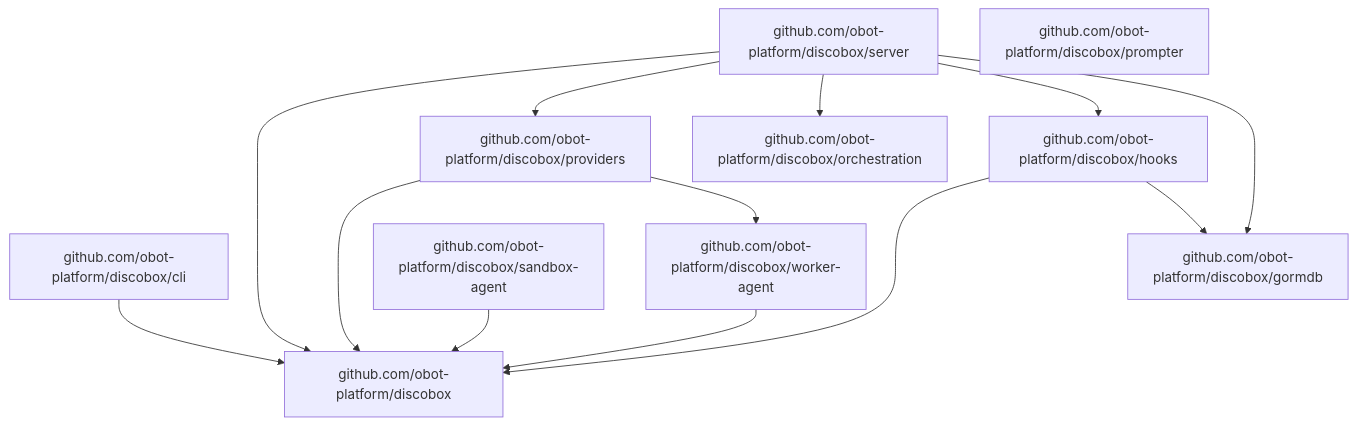
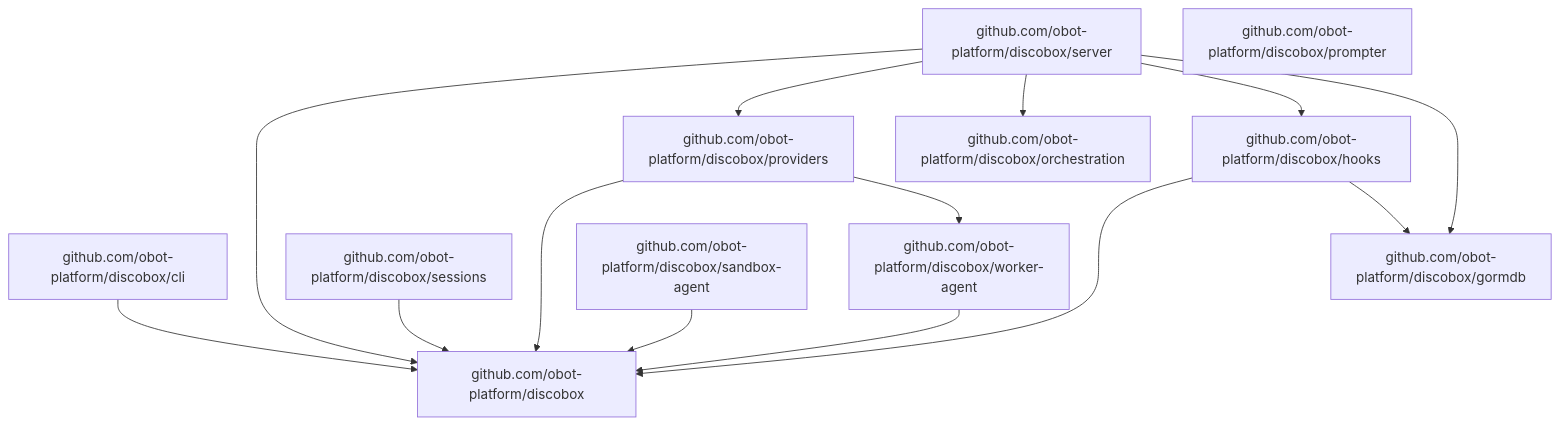
The second of 2 diagrams in DESIGN.md (discobox-ai/discobox), drawn with Mermaid before and after one commit. The commit also changed other lines of this file and 65 other files, not shown here.

````diff
--- a/DESIGN.md
+++ b/DESIGN.md
@@ -69,16 +69,17 @@
 ```mermaid
 flowchart TD
     cli["github.com/obot-platform/discobox/cli"] --> root["github.com/obot-platform/discobox"]
     server["github.com/obot-platform/discobox/server"] --> root
     server --> providers["github.com/obot-platform/discobox/providers"]
     server --> orchestration["github.com/obot-platform/discobox/orchestration"]
     server --> hooks["github.com/obot-platform/discobox/hooks"]
     server --> gormdb["github.com/obot-platform/discobox/gormdb"]
     hooks --> root
     hooks --> gormdb
+    sessions["github.com/obot-platform/discobox/sessions"] --> root
     providers --> root
     providers --> workerAgent["github.com/obot-platform/discobox/worker-agent"]
     workerAgent --> root
     sandboxAgent["github.com/obot-platform/discobox/sandbox-agent"] --> root
     prompter["github.com/obot-platform/discobox/prompter"]
 ```
````
